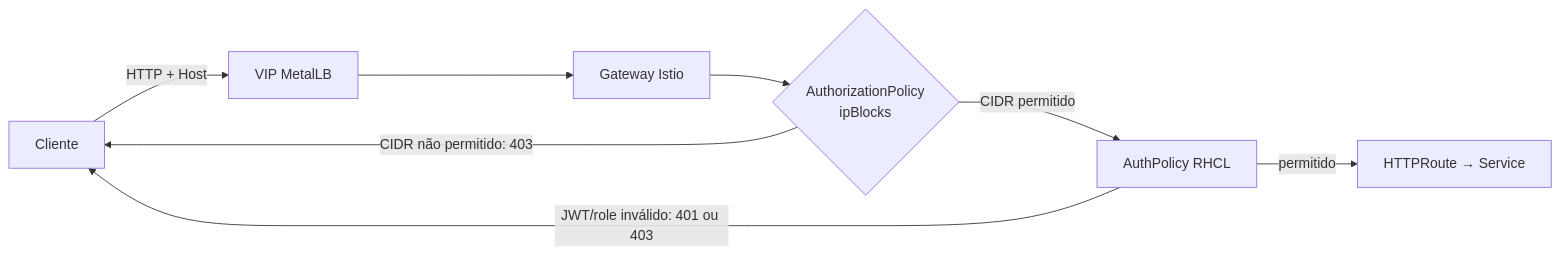
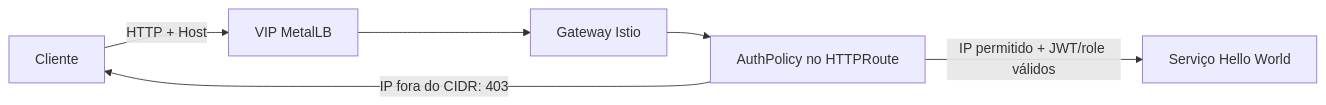
The diagram in docs/source-cidr-allowlist.md (dsferreira54/sef), drawn with Mermaid before and after one commit. The commit also changed other lines of this file and 6 other files, not shown here.

Commit message:
Add HTTPRoute scoped CIDR policy

````diff
--- a/docs/source-cidr-allowlist.md
+++ b/docs/source-cidr-allowlist.md
@@ -13,10 +10,8 @@
 ```mermaid
 flowchart LR
   C[Cliente] -->|HTTP + Host| V[VIP MetalLB]
   V --> G[Gateway Istio]
-  G --> P{AuthorizationPolicy\nipBlocks}
-  P -->|CIDR não permitido: 403| C
-  P -->|CIDR permitido| A[AuthPolicy RHCL]
-  A -->|JWT/role inválido: 401 ou 403| C
-  A -->|permitido| H[HTTPRoute → Service]
+  G --> A[AuthPolicy no HTTPRoute]
+  A -->|IP fora do CIDR: 403| C
+  A -->|IP permitido + JWT/role válidos| H[Serviço Hello World]
 ```
````
